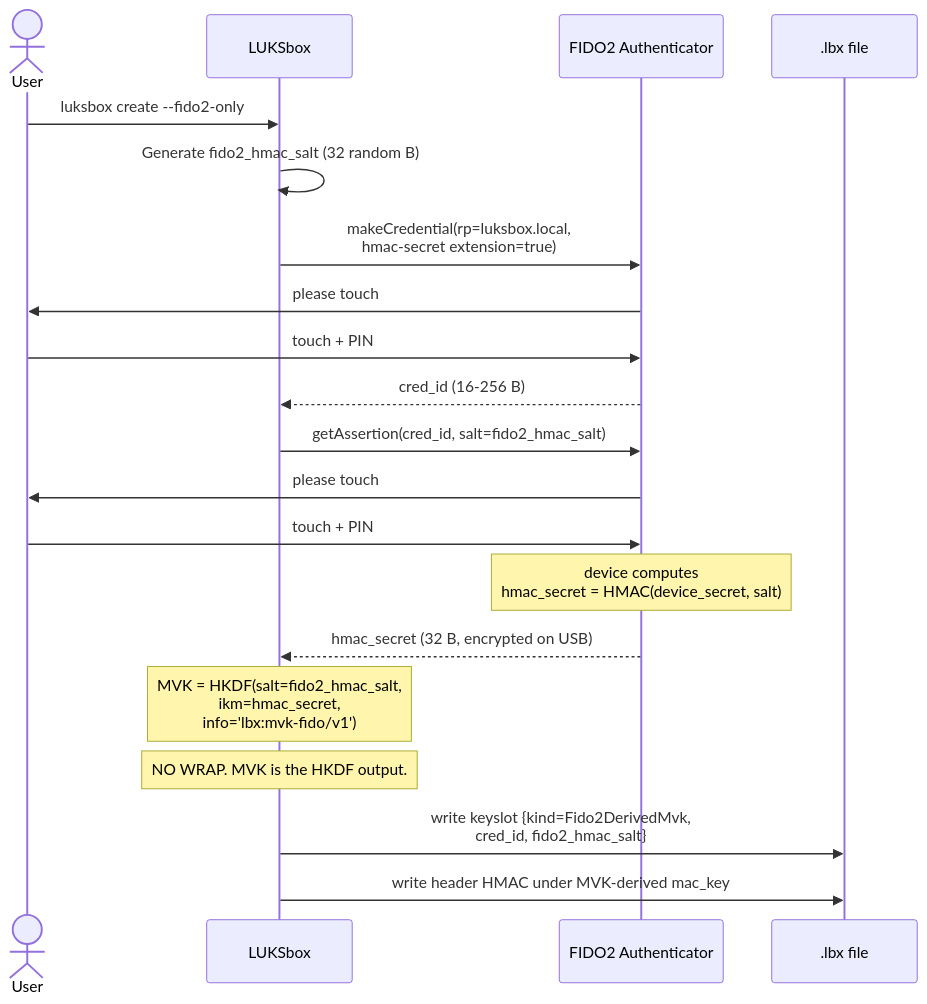
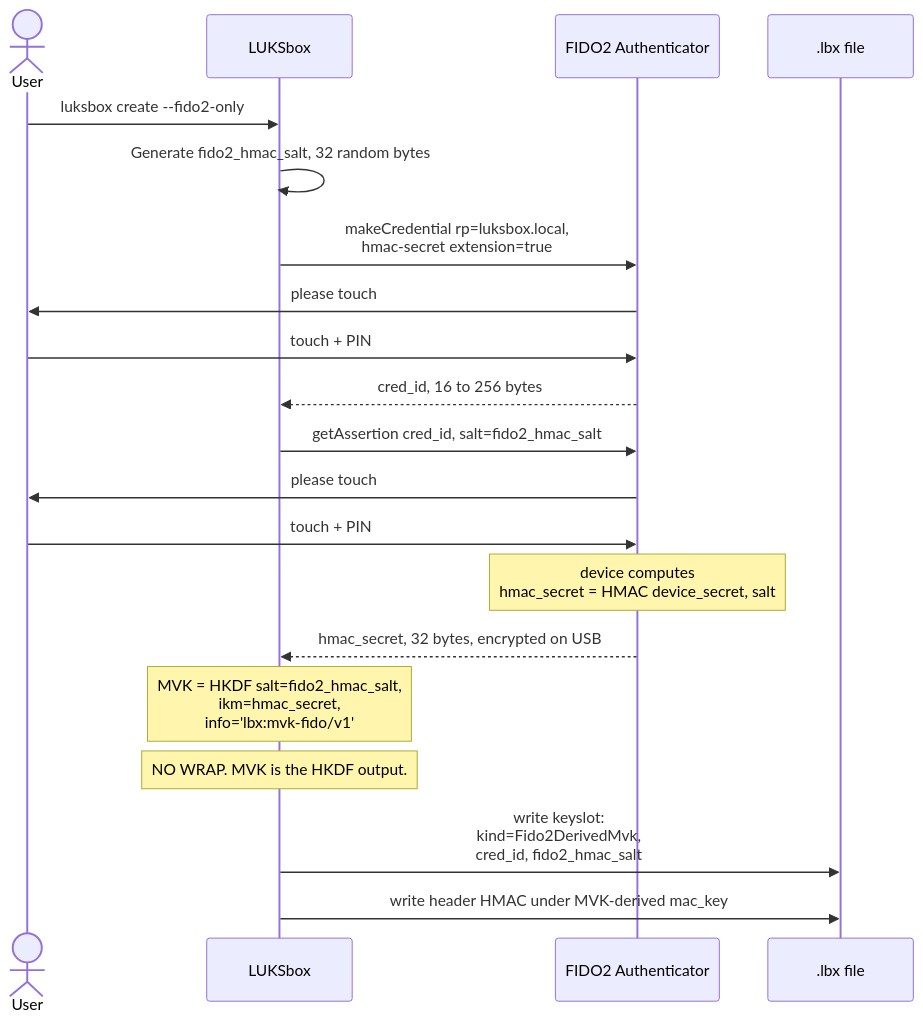
The fifth of 14 diagrams in docs/CRYPTO_SPEC.md (PentHertz/LUKSbox), drawn with Mermaid before and after one commit. The commit also changed other lines of this file, not shown here.

````diff
--- a/docs/CRYPTO_SPEC.md
+++ b/docs/CRYPTO_SPEC.md
@@ -616,27 +607,27 @@
 ```mermaid
 sequenceDiagram
     actor User
     participant LBX as LUKSbox
     participant Auth as FIDO2 Authenticator
     participant Disk as .lbx file
 
     User->>LBX: luksbox create --fido2-only
-    LBX->>LBX: Generate fido2_hmac_salt (32 random B)
+    LBX->>LBX: Generate fido2_hmac_salt, 32 random bytes
 
-    LBX->>Auth: makeCredential(rp=luksbox.local,<br/>hmac-secret extension=true)
+    LBX->>Auth: makeCredential rp=luksbox.local,<br>hmac-secret extension=true
     Auth->>User: please touch
     User->>Auth: touch + PIN
-    Auth-->>LBX: cred_id (16-256 B)
+    Auth-->>LBX: cred_id, 16 to 256 bytes
 
-    LBX->>Auth: getAssertion(cred_id, salt=fido2_hmac_salt)
+    LBX->>Auth: getAssertion cred_id, salt=fido2_hmac_salt
     Auth->>User: please touch
     User->>Auth: touch + PIN
-    Note over Auth: device computes<br/>hmac_secret = HMAC(device_secret, salt)
-    Auth-->>LBX: hmac_secret (32 B, encrypted on USB)
+    Note over Auth: device computes<br>hmac_secret = HMAC device_secret, salt
+    Auth-->>LBX: hmac_secret, 32 bytes, encrypted on USB
 
-    Note over LBX: MVK = HKDF(salt=fido2_hmac_salt,<br/>ikm=hmac_secret,<br/>info='lbx:mvk-fido/v1')
+    Note over LBX: MVK = HKDF salt=fido2_hmac_salt,<br>ikm=hmac_secret,<br>info='lbx:mvk-fido/v1'
     Note over LBX: NO WRAP. MVK is the HKDF output.
 
-    LBX->>Disk: write keyslot {kind=Fido2DerivedMvk,<br/>cred_id, fido2_hmac_salt}
+    LBX->>Disk: write keyslot:<br>kind=Fido2DerivedMvk,<br>cred_id, fido2_hmac_salt
     LBX->>Disk: write header HMAC under MVK-derived mac_key
 ```
````
